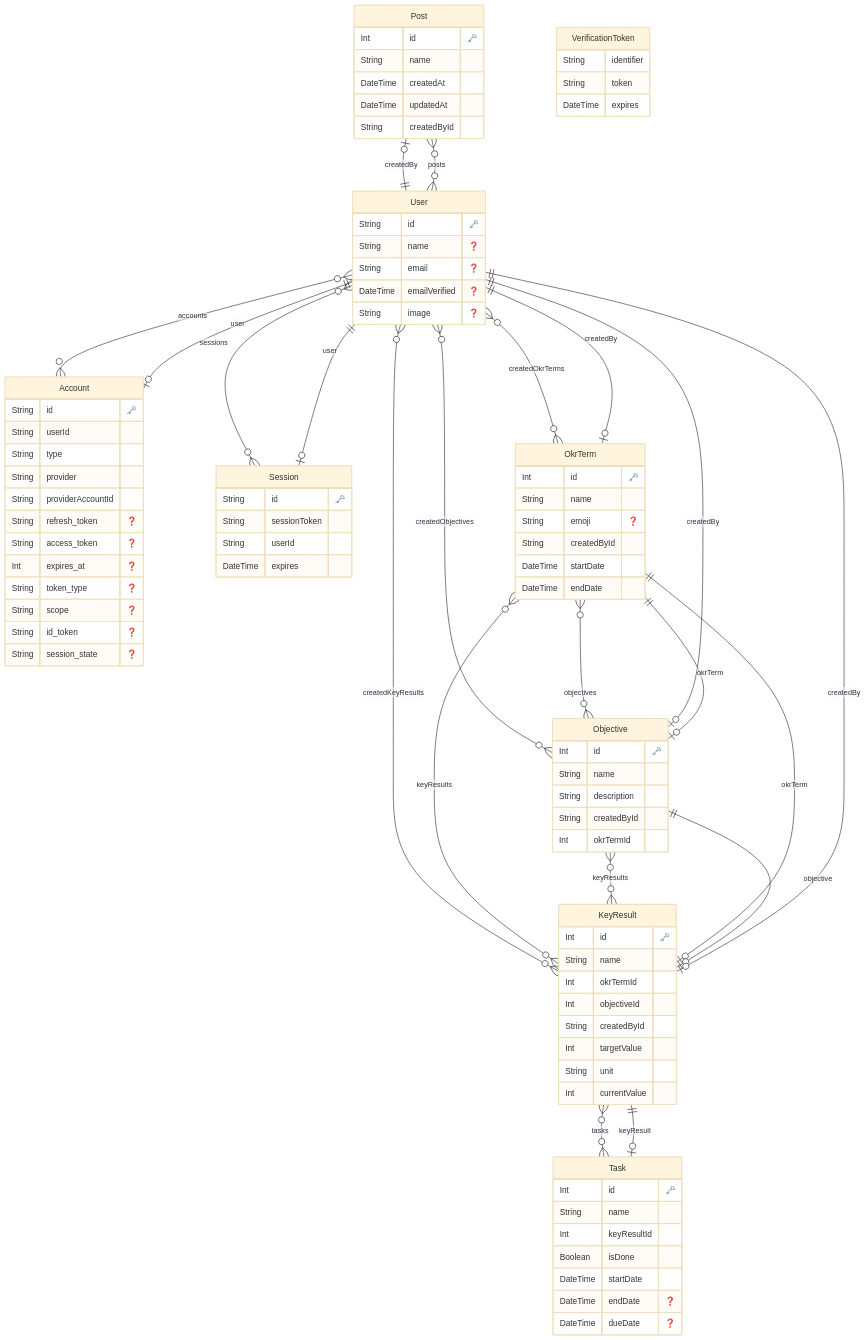
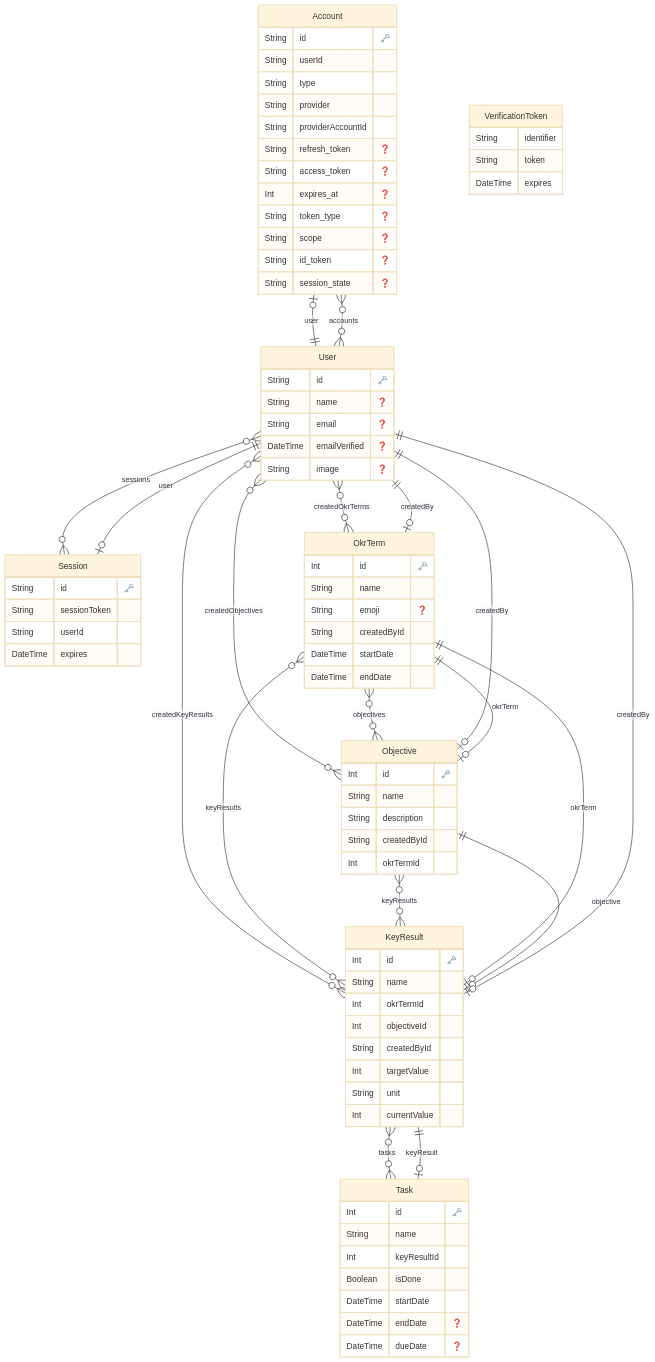
One commit to hiro-minami/moonshot changed the diagram in prisma/ERD.md. Above: the diagram before and after it, drawn with Mermaid (base theme). The commit also changed 2 other files, not shown here.

Commit message:
chore: Remove Post model and related code

````diff
--- a/prisma/ERD.md
+++ b/prisma/ERD.md
@@ -1,14 +1,5 @@
 ```mermaid
 erDiagram
-
-  "Post" {
-    Int id "🗝️"
-    String name 
-    DateTime createdAt 
-    DateTime updatedAt 
-    String createdById 
-    }
-  
 
   "Account" {
     String id "🗝️"
@@ -91,12 +82,10 @@
     DateTime dueDate "❓"
     }
   
-    "Post" o|--|| "User" : "createdBy"
     "Account" o|--|| "User" : "user"
     "Session" o|--|| "User" : "user"
     "User" o{--}o "Account" : "accounts"
     "User" o{--}o "Session" : "sessions"
-    "User" o{--}o "Post" : "posts"
     "User" o{--}o "OkrTerm" : "createdOkrTerms"
     "User" o{--}o "Objective" : "createdObjectives"
     "User" o{--}o "KeyResult" : "createdKeyResults"
````
